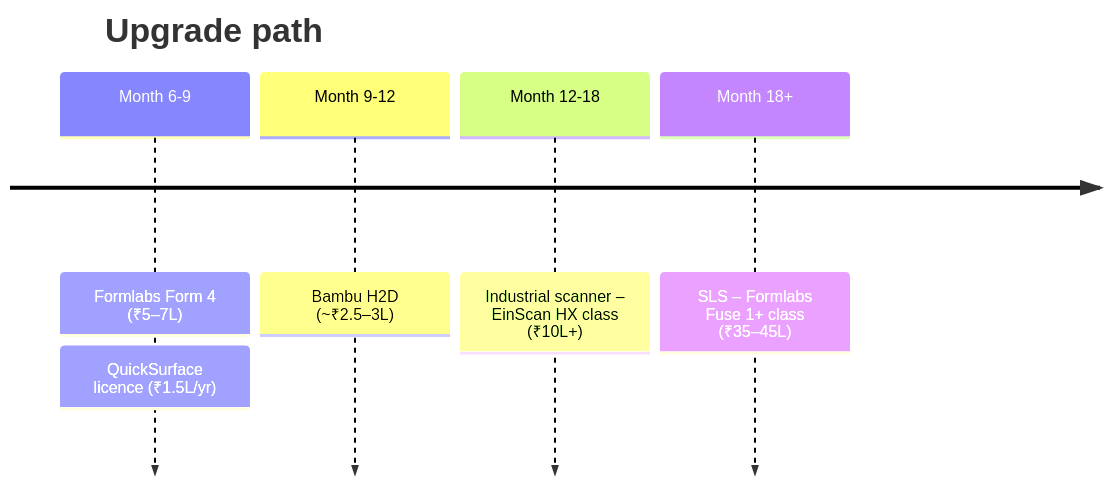
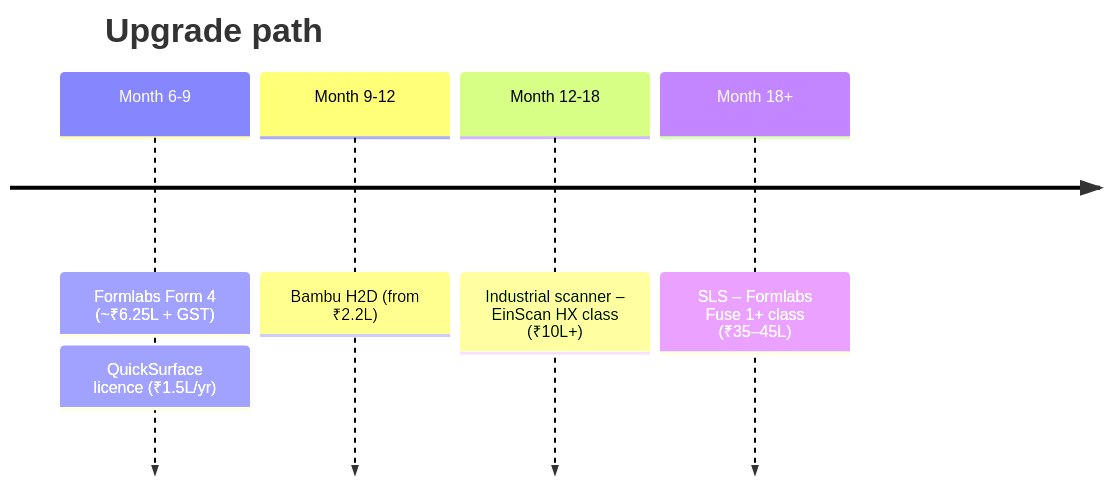
Before and after one commit to srikumar1987/3D: the third of 3 diagrams in guide/01-workshop-setup.md, drawn with Mermaid. The commit also changed other lines of this file and 14 other files, not shown here.

````diff
--- a/guide/01-workshop-setup.md
+++ b/guide/01-workshop-setup.md
@@ -190,9 +193,9 @@
 ```mermaid
 timeline
     title Upgrade path
-    Month 6-9   : Formlabs Form 4 (₹5–7L)
+    Month 6-9   : Formlabs Form 4 (~₹6.25L + GST)
                 : QuickSurface licence (₹1.5L/yr)
-    Month 9-12  : Bambu H2D (~₹2.5–3L)
+    Month 9-12  : Bambu H2D (from ₹2.2L)
     Month 12-18 : Industrial scanner – EinScan HX class (₹10L+)
     Month 18+   : SLS – Formlabs Fuse 1+ class (₹35–45L)
 ```
````
